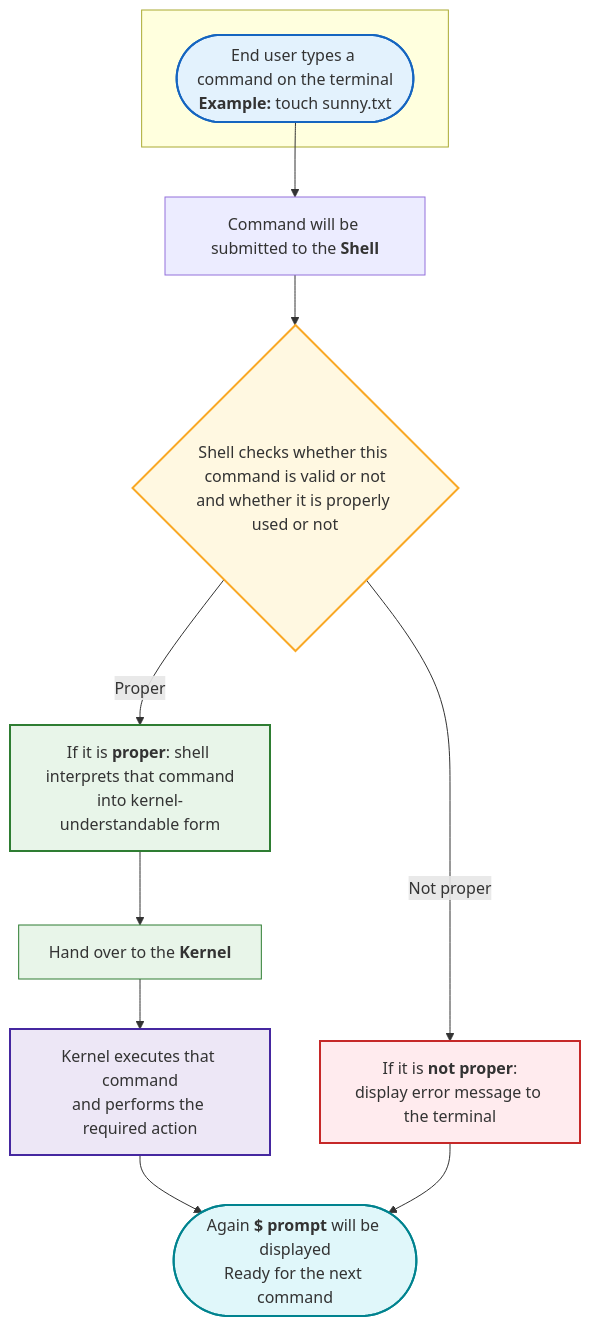
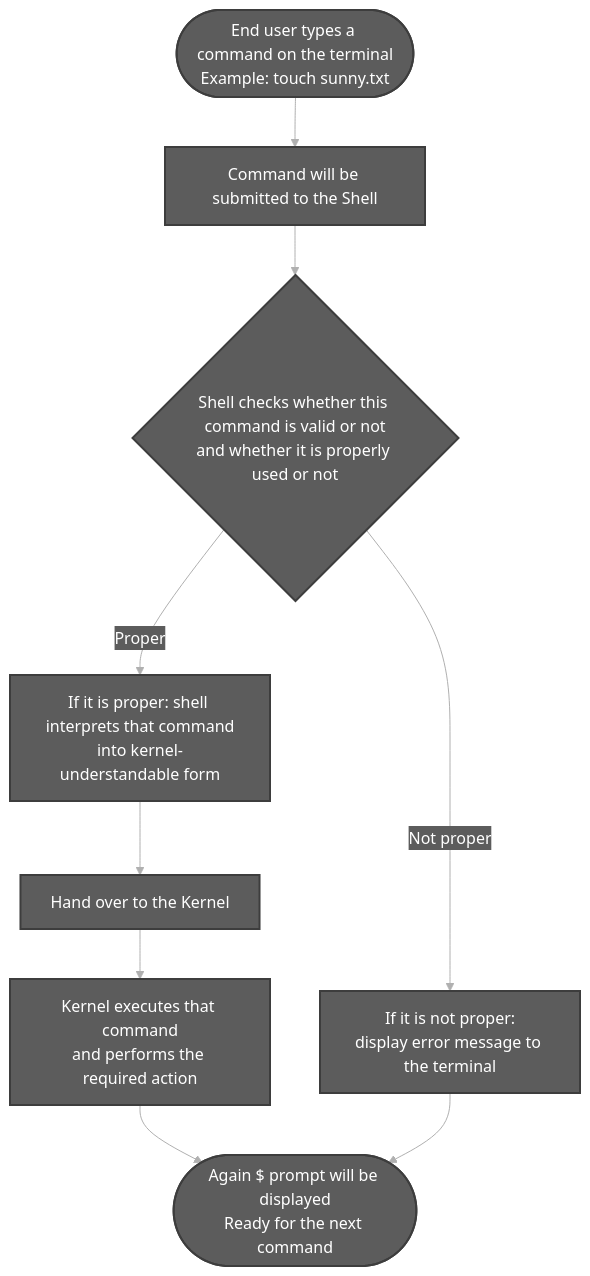
Before and after one commit to chaitussm/Linux-Basics: the second of 3 diagrams in docs/topics/Components of Unix.md, drawn with Mermaid. The commit also changed other lines of this file, not shown here.

Commit message:
Style Mermaid flowcharts with dark grey nodes and white text

````diff
--- a/docs/topics/Components of Unix.md
+++ b/docs/topics/Components of Unix.md
@@ -71,28 +74,20 @@
 ```mermaid
+%%{init: {'theme': 'base', 'themeVariables': {'primaryColor': '#5c5c5c', 'primaryTextColor': '#ffffff', 'primaryBorderColor': '#3d3d3d', 'lineColor': '#b0b0b0', 'secondaryColor': '#5c5c5c', 'tertiaryColor': '#5c5c5c', 'clusterBkg': '#5c5c5c', 'clusterBorder': '#3d3d3d'}}}%%
 flowchart TB
-    subgraph input[" "]
-        A(["End user types a command on the terminal<br/><b>Example:</b> touch sunny.txt"])
-    end
-
-    B["Command will be submitted to the <b>Shell</b>"]
+    A(["End user types a command on the terminal<br/>Example: touch sunny.txt"])
+    B["Command will be submitted to the Shell"]
     C{"Shell checks whether this command is valid or not<br/>and whether it is properly used or not"}
-
-    D["If it is <b>not proper</b>:<br/>display error message to the terminal"]
-    E["If it is <b>proper</b>: shell interprets that command<br/>into kernel-understandable form"]
-    F["Hand over to the <b>Kernel</b>"]
+    D["If it is not proper:<br/>display error message to the terminal"]
+    E["If it is proper: shell interprets that command<br/>into kernel-understandable form"]
+    F["Hand over to the Kernel"]
     G["Kernel executes that command<br/>and performs the required action"]
-    H(["Again <b>$ prompt</b> will be displayed<br/>Ready for the next command"])
+    H(["Again $ prompt will be displayed<br/>Ready for the next command"])
 
     A --> B --> C
     C -->|Not proper| D
     C -->|Proper| E --> F --> G --> H
     D --> H
 
-    style A fill:#e3f2fd,stroke:#1565c0,stroke-width:2px
-    style C fill:#fff8e1,stroke:#f9a825,stroke-width:2px
-    style D fill:#ffebee,stroke:#c62828,stroke-width:2px
-    style E fill:#e8f5e9,stroke:#2e7d32,stroke-width:2px
-    style F fill:#e8f5e9,stroke:#2e7d32,stroke-width:1px
-    style G fill:#ede7f6,stroke:#4527a0,stroke-width:2px
-    style H fill:#e0f7fa,stroke:#00838f,stroke-width:2px
+    classDef darkGrey fill:#5c5c5c,stroke:#3d3d3d,color:#ffffff,stroke-width:2px
+    class A,B,C,D,E,F,G,H darkGrey
 ```
````
